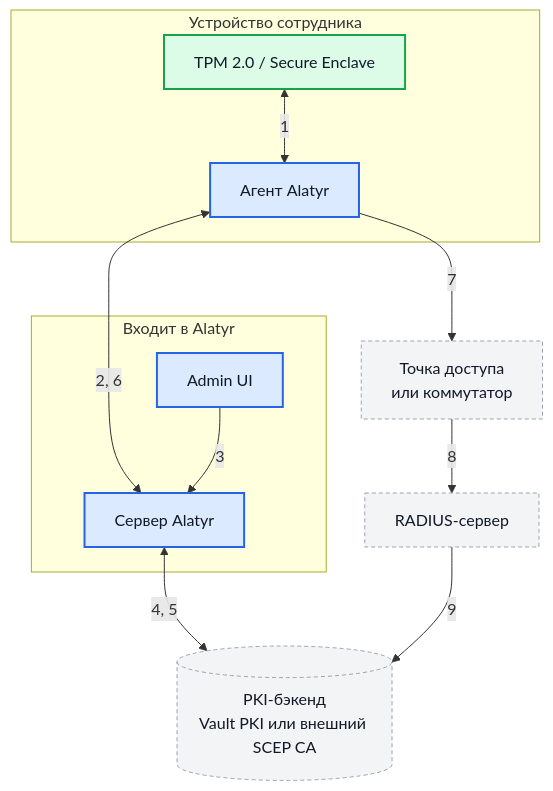
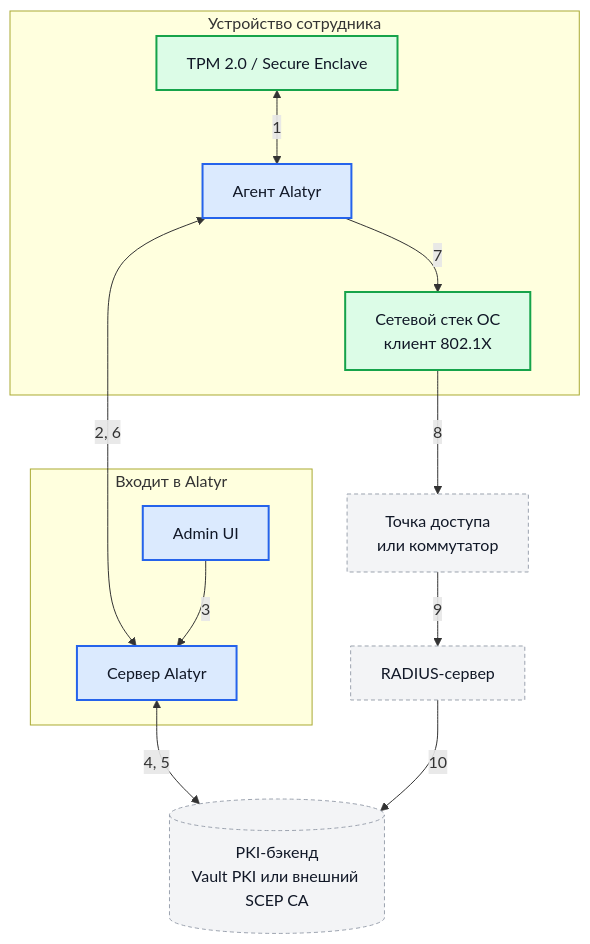
Before and after one commit to s3m4rgl/alatyr-docs: the first of 9 diagrams in docs/use-cases.md, drawn with Mermaid. The commit also changed other lines of this file and 3 other files, not shown here.

First line of the commit message:
fix(схемы): агент убран из пути использования, починены отрисовка и тёмная тема

````diff
--- a/docs/use-cases.md
+++ b/docs/use-cases.md
@@ -40,31 +55,33 @@
 ```mermaid
 flowchart TD
     subgraph DeviceBox["Устройство сотрудника"]
         HW["TPM 2.0 / Secure Enclave"]
         Agent["Агент Alatyr"]
+        OS["Сетевой стек ОС<br/>клиент 802.1X"]
     end
 
     subgraph AlatyrBox["Входит в Alatyr"]
         Admin["Admin UI"]
         Server["Сервер Alatyr"]
     end
 
     PKI[("PKI-бэкенд<br/>Vault PKI или внешний SCEP CA")]
     Net["Точка доступа<br/>или коммутатор"]
     Radius["RADIUS-сервер"]
 
     HW <--> |"1"| Agent
     Agent <--> |"2, 6"| Server
     Admin --> |"3"| Server
     Server <--> |"4, 5"| PKI
-    Agent --> |"7"| Net
-    Net --> |"8"| Radius
-    Radius --> |"9"| PKI
+    Agent --> |"7"| OS
+    OS --> |"8"| Net
+    Net --> |"9"| Radius
+    Radius --> |"10"| PKI
 
     classDef alatyr fill:#dbeafe,stroke:#2563eb,stroke-width:2px,color:#111827
     classDef external fill:#f3f4f6,stroke:#9ca3af,stroke-width:1px,stroke-dasharray: 4 3,color:#111827
     classDef device fill:#dcfce7,stroke:#16a34a,stroke-width:2px,color:#111827
     class Agent,Server,Admin alatyr
     class PKI,Net,Radius external
-    class HW device
+    class HW,OS device
 ```
````
